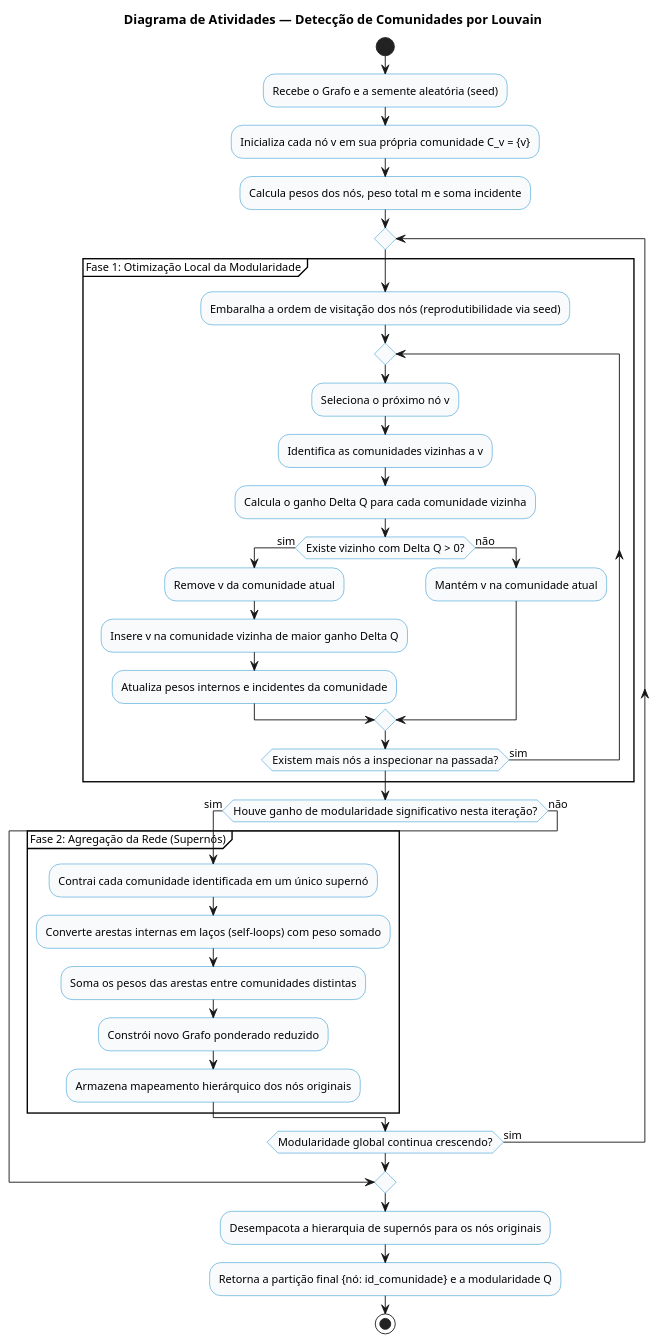
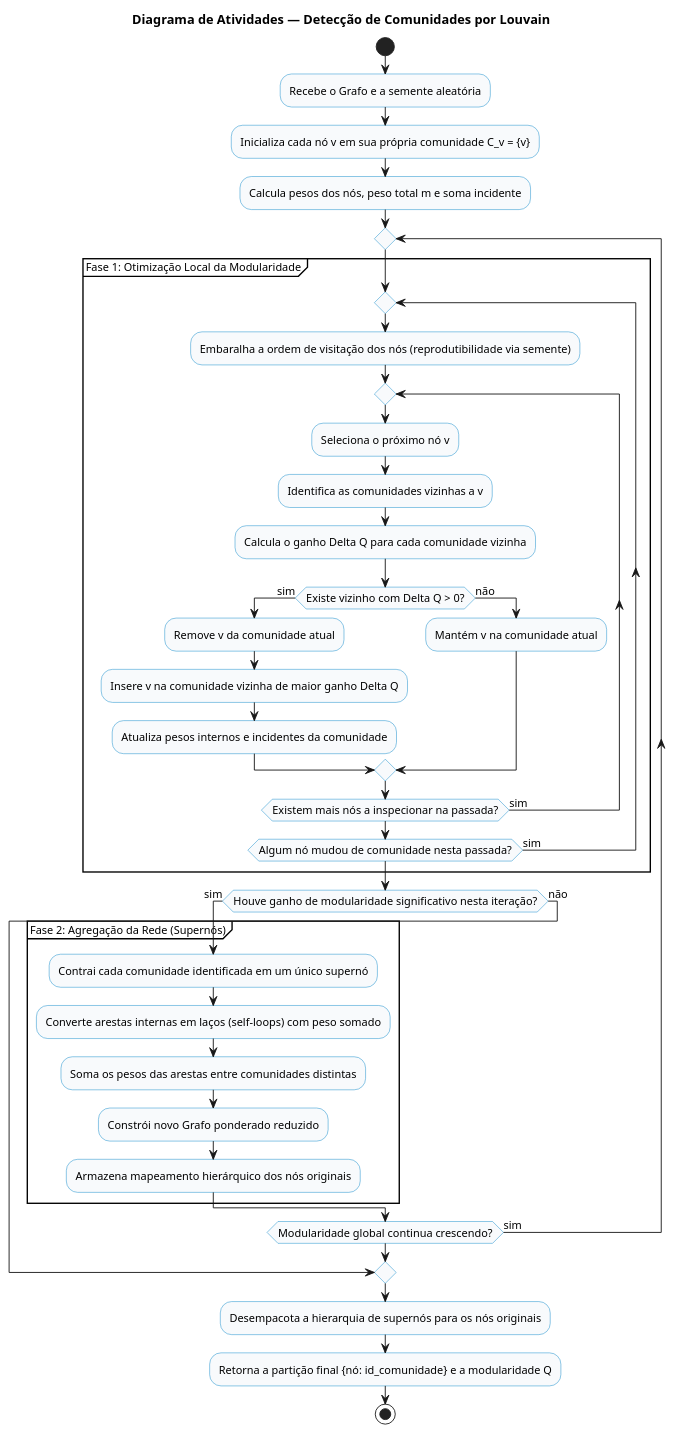
The diagram in documentos/uml/louvain.puml (ofazax/tp-grafos-redes-sociais), drawn with PlantUML before and after one commit. The commit also changed 2 other files, not shown here.

Commit message:
docs: ajusta laco de passadas da Fase 1 e semente no diagrama de Louvain

```diff
--- a/documentos/uml/louvain.puml
+++ b/documentos/uml/louvain.puml
@@ -1,56 +1,58 @@
 @startuml atividades_louvain
 ' Diagrama de atividades do algoritmo de Louvain (Blondel et al., 2008).
 ' Frente 4 (Arthur), Etapa 1.
 
 skinparam shadowing false
 skinparam defaultFontName Arial
 skinparam defaultFontSize 12
 skinparam ActivityBackgroundColor #F8FAFC
 skinparam ActivityBorderColor #0284C7
 skinparam ActivityDiamondBackgroundColor #F8FAFC
 skinparam ActivityDiamondBorderColor #0284C7
 
 title Diagrama de Atividades — Detecção de Comunidades por Louvain
 
 start
 
-:Recebe o Grafo e a semente aleatória (seed);
+:Recebe o Grafo e a semente aleatória;
 :Inicializa cada nó v em sua própria comunidade C_v = {v};
 :Calcula pesos dos nós, peso total m e soma incidente;
 
 repeat
   partition "Fase 1: Otimização Local da Modularidade" {
-    :Embaralha a ordem de visitação dos nós (reprodutibilidade via seed);
     repeat
-      :Seleciona o próximo nó v;
-      :Identifica as comunidades vizinhas a v;
-      :Calcula o ganho Delta Q para cada comunidade vizinha;
-      if (Existe vizinho com Delta Q > 0?) then (sim)
-        :Remove v da comunidade atual;
-        :Insere v na comunidade vizinha de maior ganho Delta Q;
-        :Atualiza pesos internos e incidentes da comunidade;
-      else (não)
-        :Mantém v na comunidade atual;
-      endif
-    repeat while (Existem mais nós a inspecionar na passada?) is (sim)
+      :Embaralha a ordem de visitação dos nós (reprodutibilidade via semente);
+      repeat
+        :Seleciona o próximo nó v;
+        :Identifica as comunidades vizinhas a v;
+        :Calcula o ganho Delta Q para cada comunidade vizinha;
+        if (Existe vizinho com Delta Q > 0?) then (sim)
+          :Remove v da comunidade atual;
+          :Insere v na comunidade vizinha de maior ganho Delta Q;
+          :Atualiza pesos internos e incidentes da comunidade;
+        else (não)
+          :Mantém v na comunidade atual;
+        endif
+      repeat while (Existem mais nós a inspecionar na passada?) is (sim)
+    repeat while (Algum nó mudou de comunidade nesta passada?) is (sim)
   }
 
   if (Houve ganho de modularidade significativo nesta iteração?) then (sim)
     partition "Fase 2: Agregação da Rede (Supernós)" {
       :Contrai cada comunidade identificada em um único supernó;
       :Converte arestas internas em laços (self-loops) com peso somado;
       :Soma os pesos das arestas entre comunidades distintas;
       :Constrói novo Grafo ponderado reduzido;
       :Armazena mapeamento hierárquico dos nós originais;
     }
   else (não)
     break
   endif
 
 repeat while (Modularidade global continua crescendo?) is (sim)
 
 :Desempacota a hierarquia de supernós para os nós originais;
 :Retorna a partição final {nó: id_comunidade} e a modularidade Q;
 
 stop
 @enduml
```
